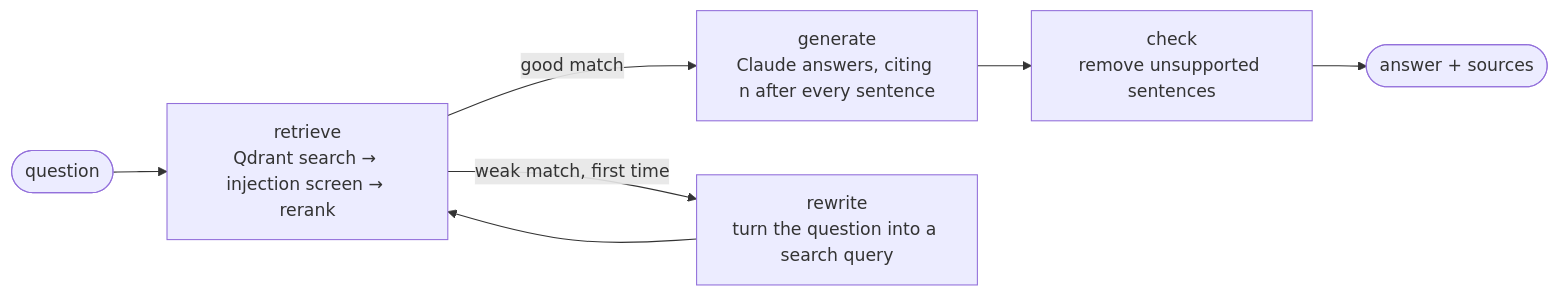
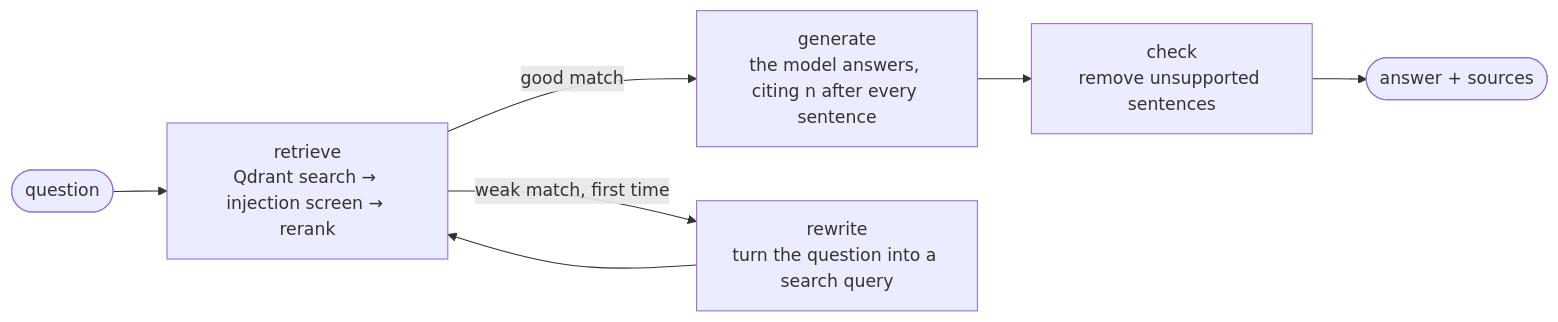
Before and after one commit to kartikmalhotra/cited-docs-agent: the diagram in README.md, drawn with Mermaid. The commit also changed other lines of this file, not shown here.

````diff
--- a/README.md
+++ b/README.md
@@ -25,9 +26,9 @@
 ```mermaid
 flowchart LR
     Q([question]) --> R[retrieve<br/>Qdrant search → injection screen → rerank]
-    R -->|good match| G[generate<br/>Claude answers, citing n after every sentence]
+    R -->|good match| G[generate<br/>the model answers, citing n after every sentence]
     R -->|weak match, first time| W[rewrite<br/>turn the question into a search query]
     W --> R
     G --> C[check<br/>remove unsupported sentences]
     C --> A([answer + sources])
 ```
````
